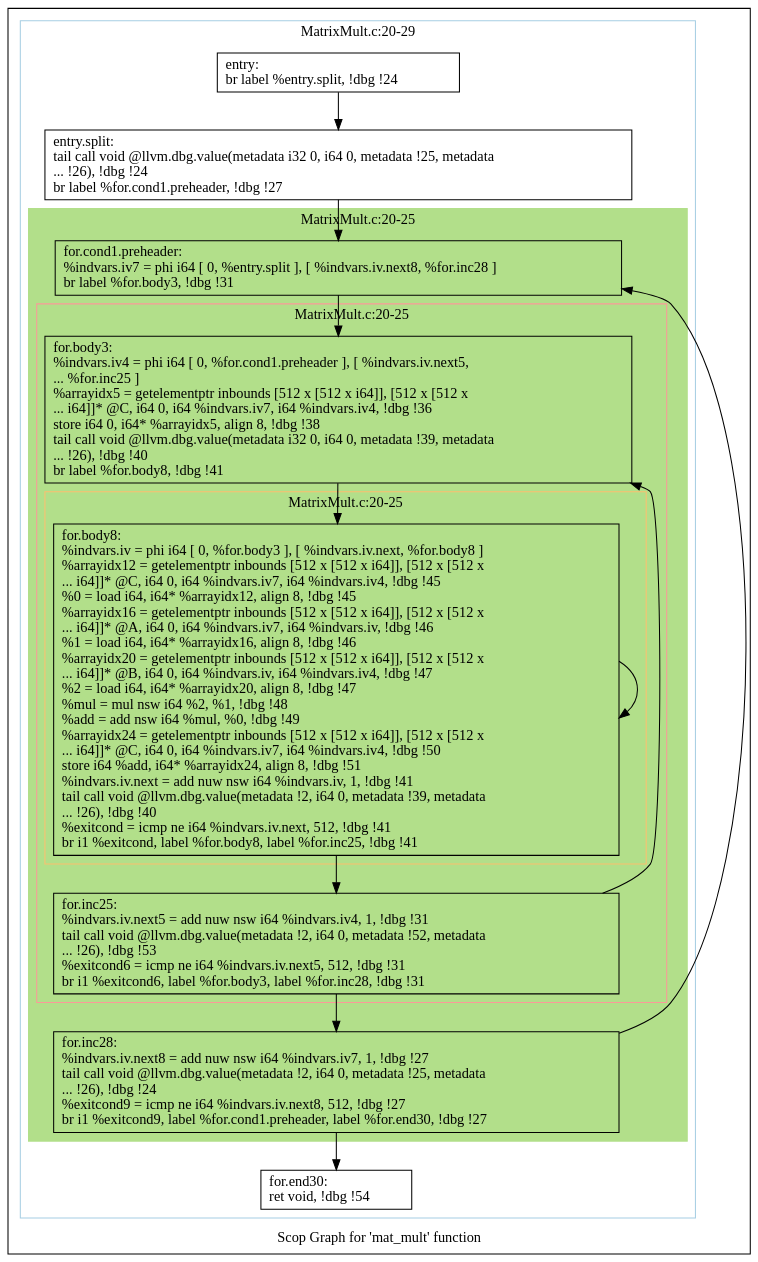
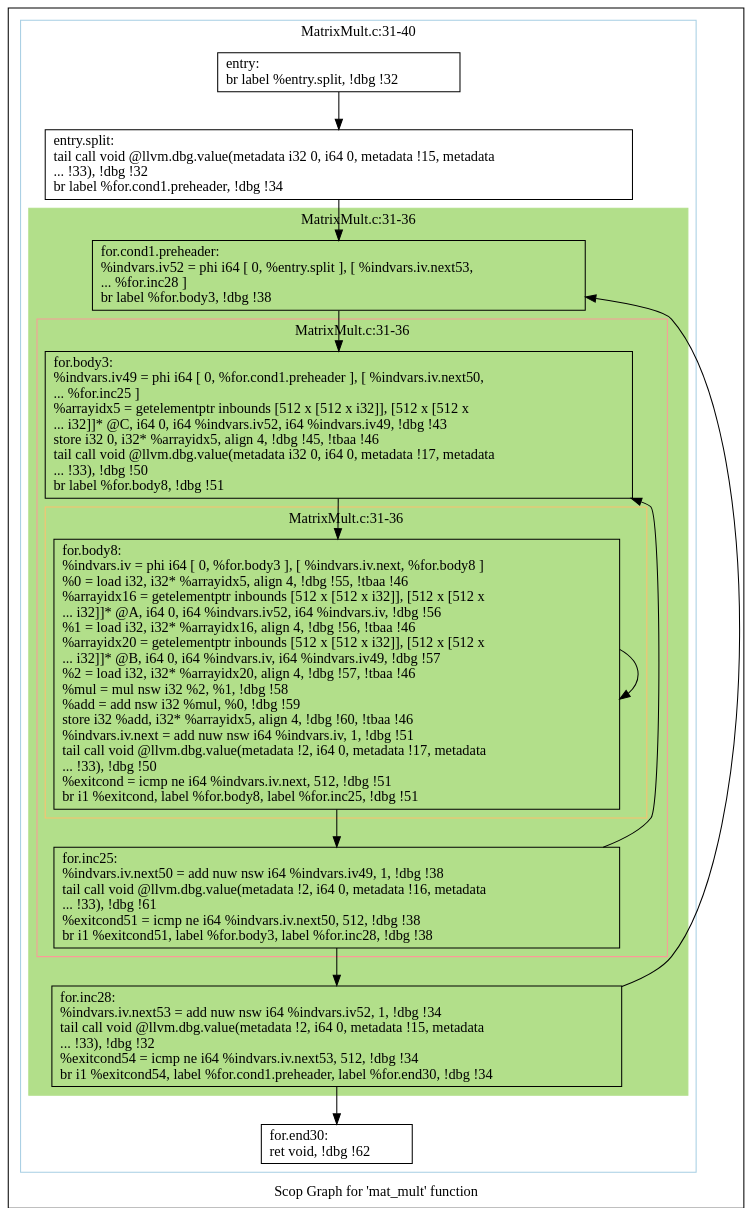
One commit to samminweng/WhileyOpenCL changed the diagram in polly/MatrixMult/impl/handwritten/dot/scops.mat_mult.dot. Above: the diagram before and after it, drawn with Graphviz. The commit also changed 93 other files, not shown here.

Commit message:
Updated 'init' function in handwritten MatrixMult test case The new 'init' function can be optimized and parallelized by Polly as it separate random number from matrix assignmentsuch that matrix multiplication can be pipelined from 'init' function to 'mat_mult' function.

```diff
--- a/polly/MatrixMult/impl/handwritten/dot/scops.mat_mult.dot
+++ b/polly/MatrixMult/impl/handwritten/dot/scops.mat_mult.dot
@@ -1,54 +1,54 @@
 digraph "Scop Graph for 'mat_mult' function" {
 	label="Scop Graph for 'mat_mult' function";
 
-	Node0x50e14f0 [shape=record,label="{entry:\l  br label %entry.split, !dbg !24\l}"];
-	Node0x50e14f0 -> Node0x50ed3d0;
-	Node0x50ed3d0 [shape=record,label="{entry.split:                                      \l  tail call void @llvm.dbg.value(metadata i32 0, i64 0, metadata !25, metadata\l... !26), !dbg !24\l  br label %for.cond1.preheader, !dbg !27\l}"];
-	Node0x50ed3d0 -> Node0x50e5cd0;
-	Node0x50e5cd0 [shape=record,label="{for.cond1.preheader:                              \l  %indvars.iv7 = phi i64 [ 0, %entry.split ], [ %indvars.iv.next8, %for.inc28 ]\l  br label %for.body3, !dbg !31\l}"];
-	Node0x50e5cd0 -> Node0x50e7ac0;
-	Node0x50e7ac0 [shape=record,label="{for.body3:                                        \l  %indvars.iv4 = phi i64 [ 0, %for.cond1.preheader ], [ %indvars.iv.next5,\l... %for.inc25 ]\l  %arrayidx5 = getelementptr inbounds [512 x [512 x i64]], [512 x [512 x\l... i64]]* @C, i64 0, i64 %indvars.iv7, i64 %indvars.iv4, !dbg !36\l  store i64 0, i64* %arrayidx5, align 8, !dbg !38\l  tail call void @llvm.dbg.value(metadata i32 0, i64 0, metadata !39, metadata\l... !26), !dbg !40\l  br label %for.body8, !dbg !41\l}"];
-	Node0x50e7ac0 -> Node0x50e7ae0;
-	Node0x50e7ae0 [shape=record,label="{for.body8:                                        \l  %indvars.iv = phi i64 [ 0, %for.body3 ], [ %indvars.iv.next, %for.body8 ]\l  %arrayidx12 = getelementptr inbounds [512 x [512 x i64]], [512 x [512 x\l... i64]]* @C, i64 0, i64 %indvars.iv7, i64 %indvars.iv4, !dbg !45\l  %0 = load i64, i64* %arrayidx12, align 8, !dbg !45\l  %arrayidx16 = getelementptr inbounds [512 x [512 x i64]], [512 x [512 x\l... i64]]* @A, i64 0, i64 %indvars.iv7, i64 %indvars.iv, !dbg !46\l  %1 = load i64, i64* %arrayidx16, align 8, !dbg !46\l  %arrayidx20 = getelementptr inbounds [512 x [512 x i64]], [512 x [512 x\l... i64]]* @B, i64 0, i64 %indvars.iv, i64 %indvars.iv4, !dbg !47\l  %2 = load i64, i64* %arrayidx20, align 8, !dbg !47\l  %mul = mul nsw i64 %2, %1, !dbg !48\l  %add = add nsw i64 %mul, %0, !dbg !49\l  %arrayidx24 = getelementptr inbounds [512 x [512 x i64]], [512 x [512 x\l... i64]]* @C, i64 0, i64 %indvars.iv7, i64 %indvars.iv4, !dbg !50\l  store i64 %add, i64* %arrayidx24, align 8, !dbg !51\l  %indvars.iv.next = add nuw nsw i64 %indvars.iv, 1, !dbg !41\l  tail call void @llvm.dbg.value(metadata !2, i64 0, metadata !39, metadata\l... !26), !dbg !40\l  %exitcond = icmp ne i64 %indvars.iv.next, 512, !dbg !41\l  br i1 %exitcond, label %for.body8, label %for.inc25, !dbg !41\l}"];
-	Node0x50e7ae0 -> Node0x50e7ae0[constraint=false];
-	Node0x50e7ae0 -> Node0x50dc920;
-	Node0x50dc920 [shape=record,label="{for.inc25:                                        \l  %indvars.iv.next5 = add nuw nsw i64 %indvars.iv4, 1, !dbg !31\l  tail call void @llvm.dbg.value(metadata !2, i64 0, metadata !52, metadata\l... !26), !dbg !53\l  %exitcond6 = icmp ne i64 %indvars.iv.next5, 512, !dbg !31\l  br i1 %exitcond6, label %for.body3, label %for.inc28, !dbg !31\l}"];
-	Node0x50dc920 -> Node0x50e7ac0[constraint=false];
-	Node0x50dc920 -> Node0x50eb750;
-	Node0x50eb750 [shape=record,label="{for.inc28:                                        \l  %indvars.iv.next8 = add nuw nsw i64 %indvars.iv7, 1, !dbg !27\l  tail call void @llvm.dbg.value(metadata !2, i64 0, metadata !25, metadata\l... !26), !dbg !24\l  %exitcond9 = icmp ne i64 %indvars.iv.next8, 512, !dbg !27\l  br i1 %exitcond9, label %for.cond1.preheader, label %for.end30, !dbg !27\l}"];
-	Node0x50eb750 -> Node0x50e5cd0[constraint=false];
-	Node0x50eb750 -> Node0x50ecaf0;
-	Node0x50ecaf0 [shape=record,label="{for.end30:                                        \l  ret void, !dbg !54\l}"];
+	Node0xa685ba0 [shape=record,label="{entry:\l  br label %entry.split, !dbg !32\l}"];
+	Node0xa685ba0 -> Node0xa68a1d0;
+	Node0xa68a1d0 [shape=record,label="{entry.split:                                      \l  tail call void @llvm.dbg.value(metadata i32 0, i64 0, metadata !15, metadata\l... !33), !dbg !32\l  br label %for.cond1.preheader, !dbg !34\l}"];
+	Node0xa68a1d0 -> Node0xa688050;
+	Node0xa688050 [shape=record,label="{for.cond1.preheader:                              \l  %indvars.iv52 = phi i64 [ 0, %entry.split ], [ %indvars.iv.next53,\l... %for.inc28 ]\l  br label %for.body3, !dbg !38\l}"];
+	Node0xa688050 -> Node0xa767230;
+	Node0xa767230 [shape=record,label="{for.body3:                                        \l  %indvars.iv49 = phi i64 [ 0, %for.cond1.preheader ], [ %indvars.iv.next50,\l... %for.inc25 ]\l  %arrayidx5 = getelementptr inbounds [512 x [512 x i32]], [512 x [512 x\l... i32]]* @C, i64 0, i64 %indvars.iv52, i64 %indvars.iv49, !dbg !43\l  store i32 0, i32* %arrayidx5, align 4, !dbg !45, !tbaa !46\l  tail call void @llvm.dbg.value(metadata i32 0, i64 0, metadata !17, metadata\l... !33), !dbg !50\l  br label %for.body8, !dbg !51\l}"];
+	Node0xa767230 -> Node0xa6874d0;
+	Node0xa6874d0 [shape=record,label="{for.body8:                                        \l  %indvars.iv = phi i64 [ 0, %for.body3 ], [ %indvars.iv.next, %for.body8 ]\l  %0 = load i32, i32* %arrayidx5, align 4, !dbg !55, !tbaa !46\l  %arrayidx16 = getelementptr inbounds [512 x [512 x i32]], [512 x [512 x\l... i32]]* @A, i64 0, i64 %indvars.iv52, i64 %indvars.iv, !dbg !56\l  %1 = load i32, i32* %arrayidx16, align 4, !dbg !56, !tbaa !46\l  %arrayidx20 = getelementptr inbounds [512 x [512 x i32]], [512 x [512 x\l... i32]]* @B, i64 0, i64 %indvars.iv, i64 %indvars.iv49, !dbg !57\l  %2 = load i32, i32* %arrayidx20, align 4, !dbg !57, !tbaa !46\l  %mul = mul nsw i32 %2, %1, !dbg !58\l  %add = add nsw i32 %mul, %0, !dbg !59\l  store i32 %add, i32* %arrayidx5, align 4, !dbg !60, !tbaa !46\l  %indvars.iv.next = add nuw nsw i64 %indvars.iv, 1, !dbg !51\l  tail call void @llvm.dbg.value(metadata !2, i64 0, metadata !17, metadata\l... !33), !dbg !50\l  %exitcond = icmp ne i64 %indvars.iv.next, 512, !dbg !51\l  br i1 %exitcond, label %for.body8, label %for.inc25, !dbg !51\l}"];
+	Node0xa6874d0 -> Node0xa6874d0[constraint=false];
+	Node0xa6874d0 -> Node0xa690550;
+	Node0xa690550 [shape=record,label="{for.inc25:                                        \l  %indvars.iv.next50 = add nuw nsw i64 %indvars.iv49, 1, !dbg !38\l  tail call void @llvm.dbg.value(metadata !2, i64 0, metadata !16, metadata\l... !33), !dbg !61\l  %exitcond51 = icmp ne i64 %indvars.iv.next50, 512, !dbg !38\l  br i1 %exitcond51, label %for.body3, label %for.inc28, !dbg !38\l}"];
+	Node0xa690550 -> Node0xa767230[constraint=false];
+	Node0xa690550 -> Node0xa68aff0;
+	Node0xa68aff0 [shape=record,label="{for.inc28:                                        \l  %indvars.iv.next53 = add nuw nsw i64 %indvars.iv52, 1, !dbg !34\l  tail call void @llvm.dbg.value(metadata !2, i64 0, metadata !15, metadata\l... !33), !dbg !32\l  %exitcond54 = icmp ne i64 %indvars.iv.next53, 512, !dbg !34\l  br i1 %exitcond54, label %for.cond1.preheader, label %for.end30, !dbg !34\l}"];
+	Node0xa68aff0 -> Node0xa688050[constraint=false];
+	Node0xa68aff0 -> Node0xa691260;
+	Node0xa691260 [shape=record,label="{for.end30:                                        \l  ret void, !dbg !62\l}"];
 	colorscheme = "paired12"
-        subgraph cluster_0x50e89e0 {
-          label = "MatrixMult.c:20-29
+        subgraph cluster_0xa68fca0 {
+          label = "MatrixMult.c:31-40
 ";
           style = solid;
           color = 1
-          subgraph cluster_0x50db5b0 {
-            label = "MatrixMult.c:20-25
+          subgraph cluster_0xa68c7a0 {
+            label = "MatrixMult.c:31-36
 ";
             style = filled;
-            color = 3            subgraph cluster_0x50e8a60 {
-              label = "MatrixMult.c:20-25
+            color = 3            subgraph cluster_0xa690200 {
+              label = "MatrixMult.c:31-36
 ";
               style = solid;
               color = 5
-              subgraph cluster_0x50e6790 {
-                label = "MatrixMult.c:20-25
+              subgraph cluster_0xa688490 {
+                label = "MatrixMult.c:31-36
 ";
                 style = solid;
                 color = 7
-                Node0x50e7ae0;
+                Node0xa6874d0;
               }
-              Node0x50e7ac0;
-              Node0x50dc920;
+              Node0xa767230;
+              Node0xa690550;
             }
-            Node0x50e5cd0;
-            Node0x50eb750;
+            Node0xa688050;
+            Node0xa68aff0;
           }
-          Node0x50e14f0;
-          Node0x50ed3d0;
-          Node0x50ecaf0;
+          Node0xa685ba0;
+          Node0xa68a1d0;
+          Node0xa691260;
         }
 }
```
